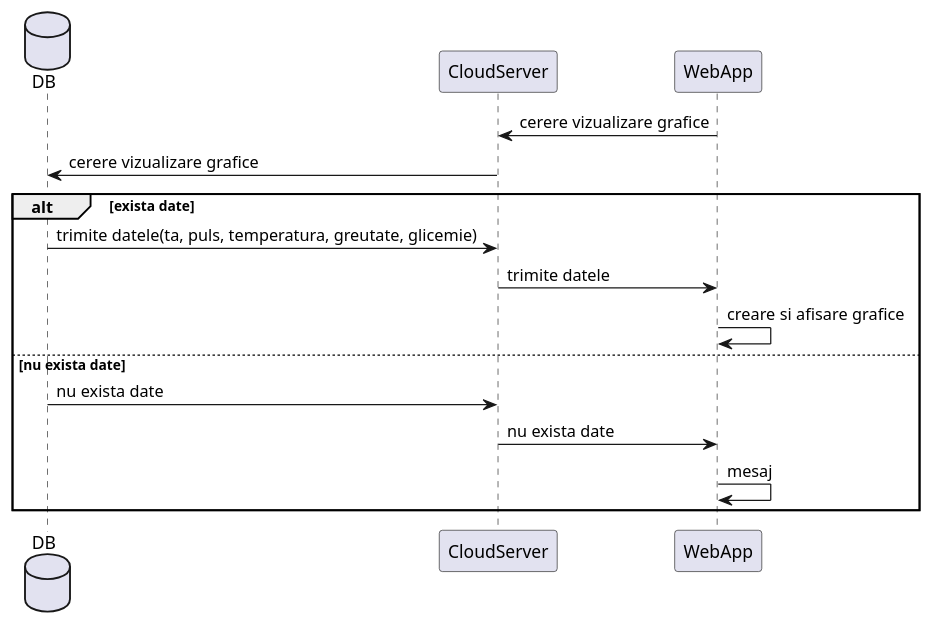
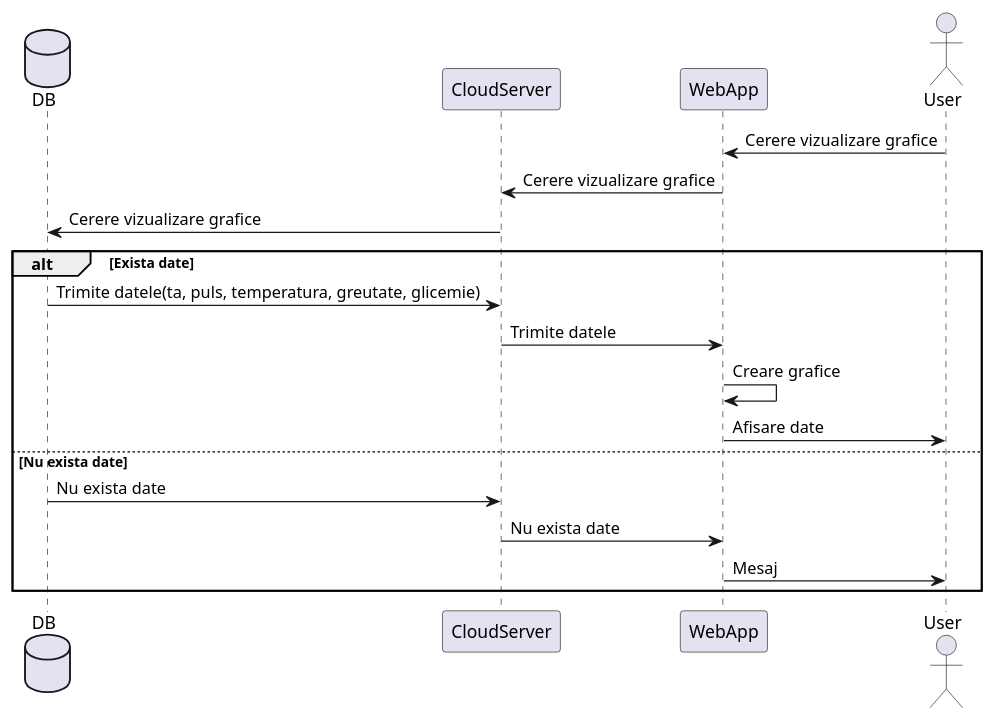
Before and after one commit to BVasi/ProiectIP: the diagram in Sequence_DG/WebApp/vizualizare_date_pacinet.plantuml, drawn with PlantUML. The commit also changed 12 other files, not shown here.

Commit message:
Modificare diagrame

```diff
--- a/Sequence_DG/WebApp/vizualizare_date_pacinet.plantuml
+++ b/Sequence_DG/WebApp/vizualizare_date_pacinet.plantuml
@@ -1,19 +1,22 @@
-@startuml vizualizare_date_pacient
+@startuml Vizualizare_date_pacient
 
 database DB
 participant CloudServer
 participant WebApp
+actor User
 
-WebApp -> CloudServer: cerere vizualizare grafice
-CloudServer -> DB: cerere vizualizare grafice
-alt exista date
-    DB -> CloudServer: trimite datele(ta, puls, temperatura, greutate, glicemie)
-    CloudServer -> WebApp: trimite datele
-    WebApp -> WebApp: creare si afisare grafice
-else nu exista date
-    DB -> CloudServer: nu exista date
-    CloudServer -> WebApp: nu exista date
-    WebApp -> WebApp: mesaj
+User -> WebApp: Cerere vizualizare grafice
+WebApp -> CloudServer: Cerere vizualizare grafice
+CloudServer -> DB: Cerere vizualizare grafice
+alt Exista date
+    DB -> CloudServer: Trimite datele(ta, puls, temperatura, greutate, glicemie)
+    CloudServer -> WebApp: Trimite datele
+    WebApp -> WebApp: Creare grafice
+    WebApp -> User: Afisare date
+else Nu exista date
+    DB -> CloudServer: Nu exista date
+    CloudServer -> WebApp: Nu exista date
+    WebApp -> User: Mesaj
 end
 
 @enduml
```
